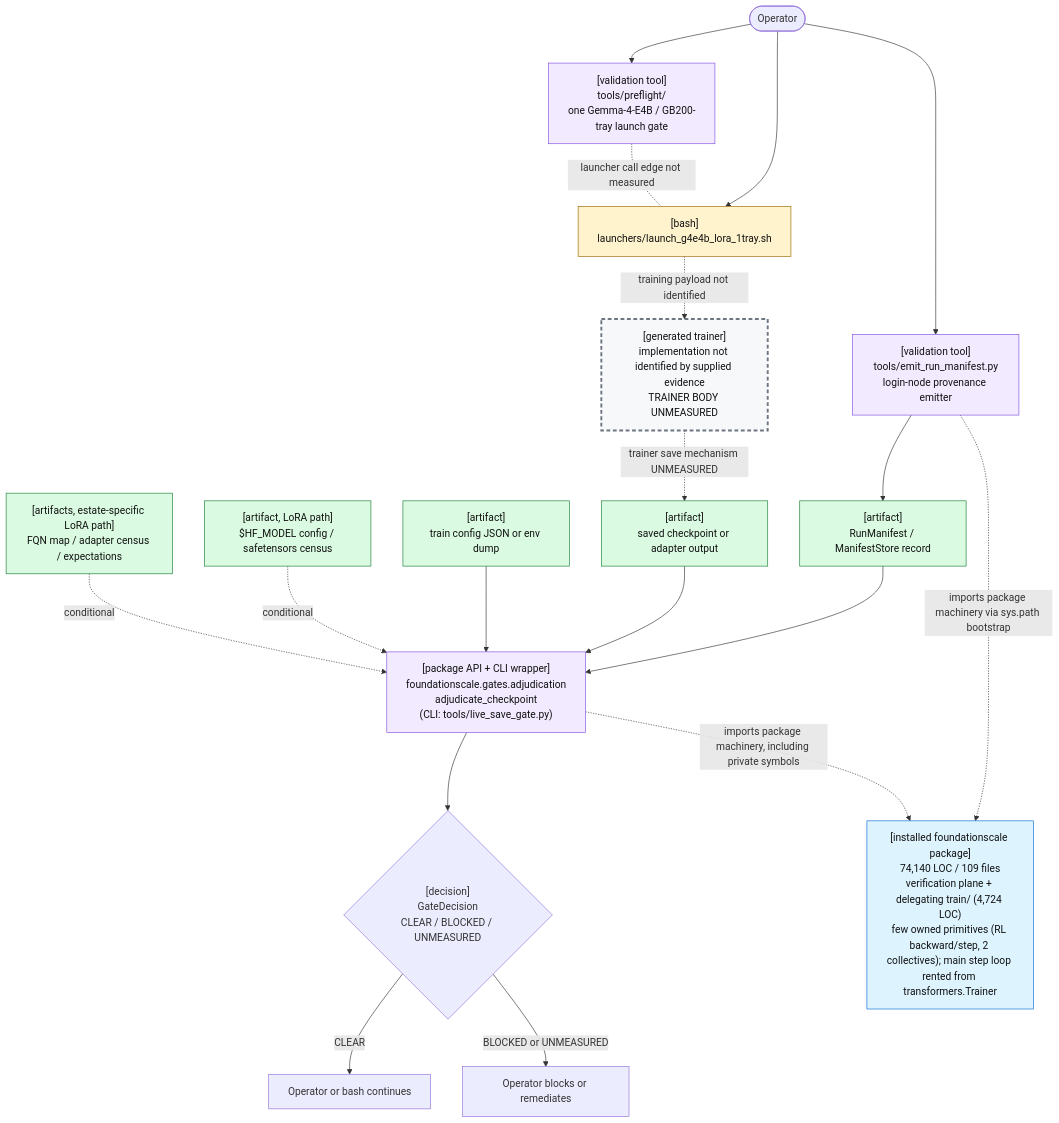
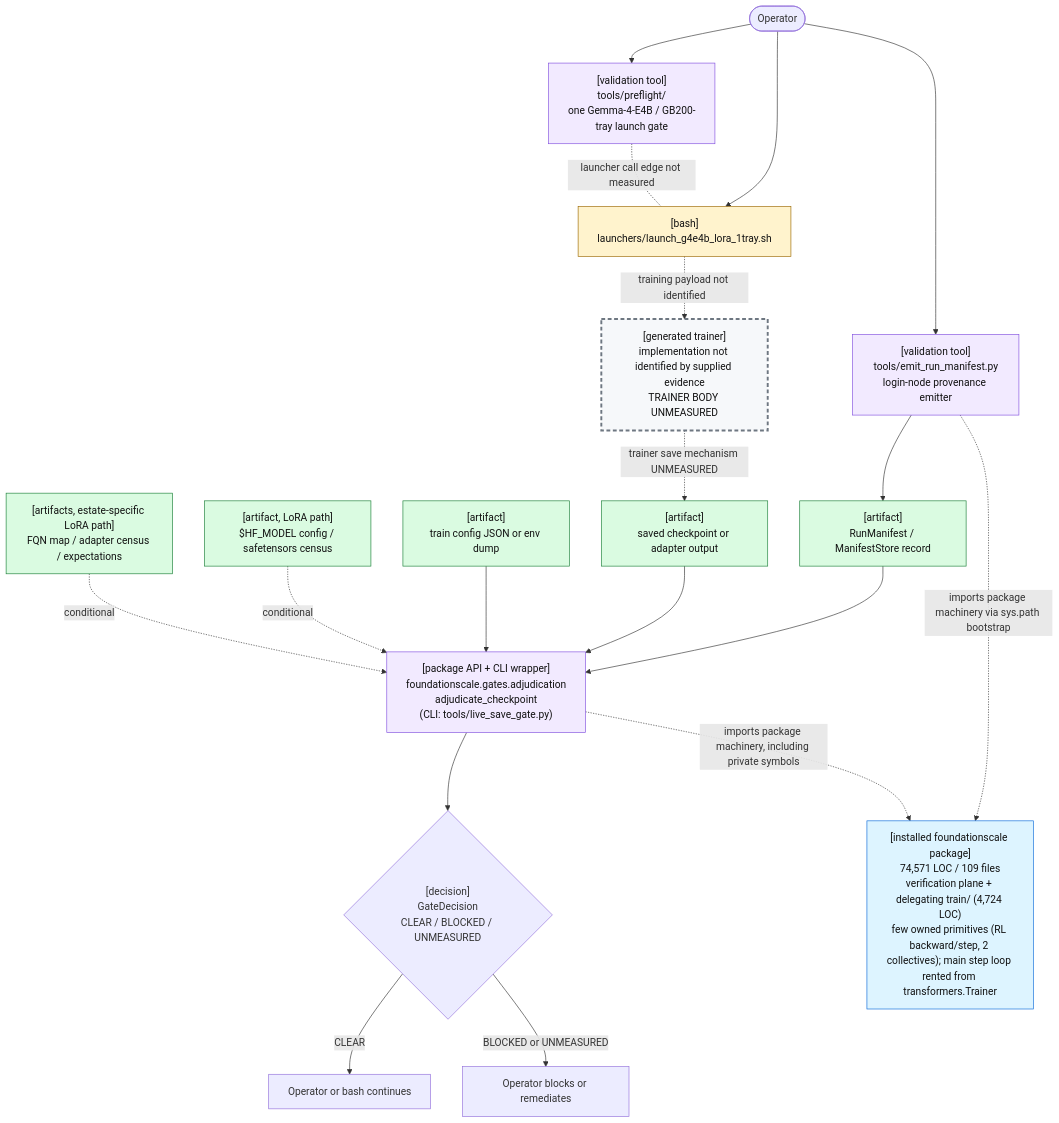
Before and after one commit to TranNhiem/FoundationScale: the first of 2 diagrams in docs/review/D2_current_architecture.md, drawn with Mermaid. The commit also changed other lines of this file and 19 other files, not shown here.

````diff
--- a/docs/review/D2_current_architecture.md
+++ b/docs/review/D2_current_architecture.md
@@ -25,59 +25,59 @@
 ```mermaid
 flowchart TB
   O(["Operator"])
 
   PF["[validation tool]<br/>tools/preflight/<br/>one Gemma-4-E4B / GB200-tray launch gate"]
   L["[bash]<br/>launchers/launch_g4e4b_lora_1tray.sh"]
 
   E["[validation tool]<br/>tools/emit_run_manifest.py<br/>login-node provenance emitter"]
   M["[artifact]<br/>RunManifest / ManifestStore record"]
 
   T["[generated trainer]<br/>implementation not identified by supplied evidence<br/>TRAINER BODY UNMEASURED"]
   C["[artifact]<br/>saved checkpoint or adapter output"]
 
   G["[package API + CLI wrapper]<br/>foundationscale.gates.adjudication<br/>adjudicate_checkpoint<br/>(CLI: tools/live_save_gate.py)"]
   CFG["[artifact]<br/>train config JSON or env dump"]
   BASE["[artifact, LoRA path]<br/>$HF_MODEL config / safetensors census"]
   CEN["[artifacts, estate-specific LoRA path]<br/>FQN map / adapter census / expectations"]
 
   D{"[decision]<br/>GateDecision<br/>CLEAR / BLOCKED / UNMEASURED"}
   OK["Operator or bash continues"]
   NO["Operator blocks or remediates"]
 
-  PKG["[installed foundationscale package]<br/>74,140 LOC / 109 files<br/>verification plane + delegating train/ (4,724 LOC)<br/>few owned primitives (RL backward/step, 2 collectives); main step loop rented from transformers.Trainer"]
+  PKG["[installed foundationscale package]<br/>74,571 LOC / 109 files<br/>verification plane + delegating train/ (4,724 LOC)<br/>few owned primitives (RL backward/step, 2 collectives); main step loop rented from transformers.Trainer"]
 
   O --> PF
   O --> L
   PF -. "launcher call edge not measured" .- L
 
   O --> E
   E --> M
 
   L -. "training payload not identified" .-> T
   T -. "trainer save mechanism UNMEASURED" .-> C
 
   M --> G
   C --> G
   CFG --> G
   BASE -. "conditional" .-> G
   CEN -. "conditional" .-> G
 
   E -. "imports package machinery via sys.path bootstrap" .-> PKG
   G -. "imports package machinery, including private symbols" .-> PKG
 
   G --> D
   D -->|"CLEAR"| OK
   D -->|"BLOCKED or UNMEASURED"| NO
 
   classDef bash fill:#fff3cd,stroke:#9a6700,color:#111;
   classDef tool fill:#f2eaff,stroke:#8250df,color:#111;
   classDef artifact fill:#dafbe1,stroke:#1a7f37,color:#111;
   classDef gap fill:#f6f8fa,stroke:#6e7781,stroke-width:3px,stroke-dasharray: 6 4,color:#111;
   classDef pkg fill:#ddf4ff,stroke:#0969da,color:#111;
 
   class L bash;
   class PF,E,G tool;
   class M,C,CFG,BASE,CEN artifact;
   class T gap;
   class PKG pkg;
 ```
````
